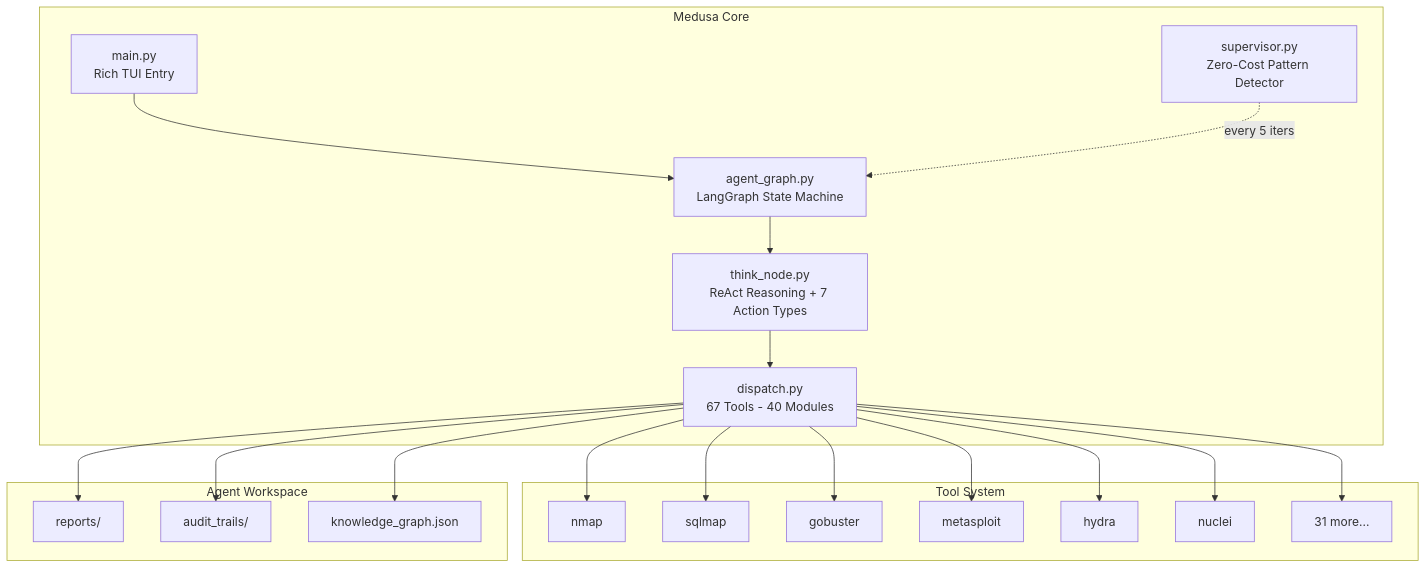
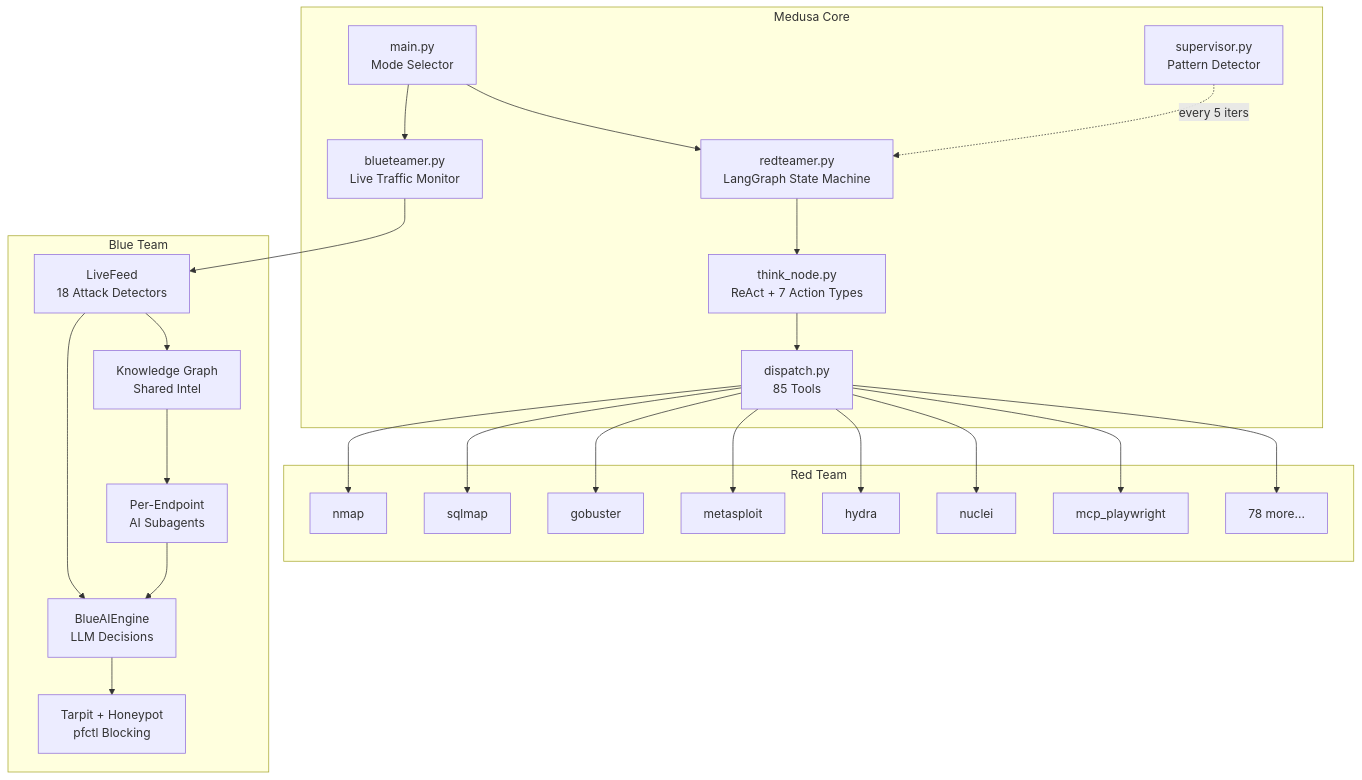
The first of 2 diagrams in README.md (0xwi11iam/Medusa), drawn with Mermaid before and after one commit. The commit also changed other lines of this file and 6 other files, not shown here.

````diff
--- a/README.md
+++ b/README.md
@@ -209,26 +239,30 @@
 ```mermaid
 graph TB
     subgraph "Medusa Core"
-        MAIN[main.py<br/>Rich TUI Entry]
-        GRAPH[agent_graph.py<br/>LangGraph State Machine]
-        THINK[think_node.py<br/>ReAct Reasoning + 7 Action Types]
-        TOOLS[dispatch.py<br/>67 Tools - 40 Modules]
-        SUP[supervisor.py<br/>Zero-Cost Pattern Detector]
+        MAIN[main.py<br/>Mode Selector]
+        RED[redteamer.py<br/>LangGraph State Machine]
+        BLUE[blueteamer.py<br/>Live Traffic Monitor]
+        THINK[think_node.py<br/>ReAct + 7 Action Types]
+        TOOLS[dispatch.py<br/>85 Tools]
+        SUP[supervisor.py<br/>Pattern Detector]
     end
-    subgraph "Tool System"
+    subgraph "Red Team"
         NMAP[nmap] & SQLMAP[sqlmap] & GOBUSTER[gobuster]
         META[metasploit] & HYDRA[hydra] & NUCLEI[nuclei]
-        MORE[31 more...]
+        PLAY[mcp_playwright]
+        MORE[78 more...]
     end
-    subgraph "Agent Workspace"
-        REPORTS[reports/]
-        AUDIT[audit_trails/]
-        KG[knowledge_graph.json]
+    subgraph "Blue Team"
+        FEED[LiveFeed<br/>18 Attack Detectors]
+        AI[BlueAIEngine<br/>LLM Decisions]
+        KG2[Knowledge Graph<br/>Shared Intel]
+        DECEIVE[Tarpit + Honeypot<br/>pfctl Blocking]
+        SUB[Per-Endpoint<br/>AI Subagents]
     end
-    MAIN --> GRAPH
-    GRAPH --> THINK
-    THINK --> TOOLS
-    TOOLS --> NMAP & SQLMAP & GOBUSTER & META & HYDRA & NUCLEI & MORE
-    SUP -.->|every 5 iters| GRAPH
-    TOOLS --> REPORTS & AUDIT & KG
+    MAIN --> RED & BLUE
+    RED --> THINK --> TOOLS
+    BLUE --> FEED --> AI --> DECEIVE
+    FEED --> KG2 --> SUB --> AI
+    TOOLS --> NMAP & SQLMAP & GOBUSTER & META & HYDRA & NUCLEI & PLAY & MORE
+    SUP -.->|every 5 iters| RED
 ```
````
